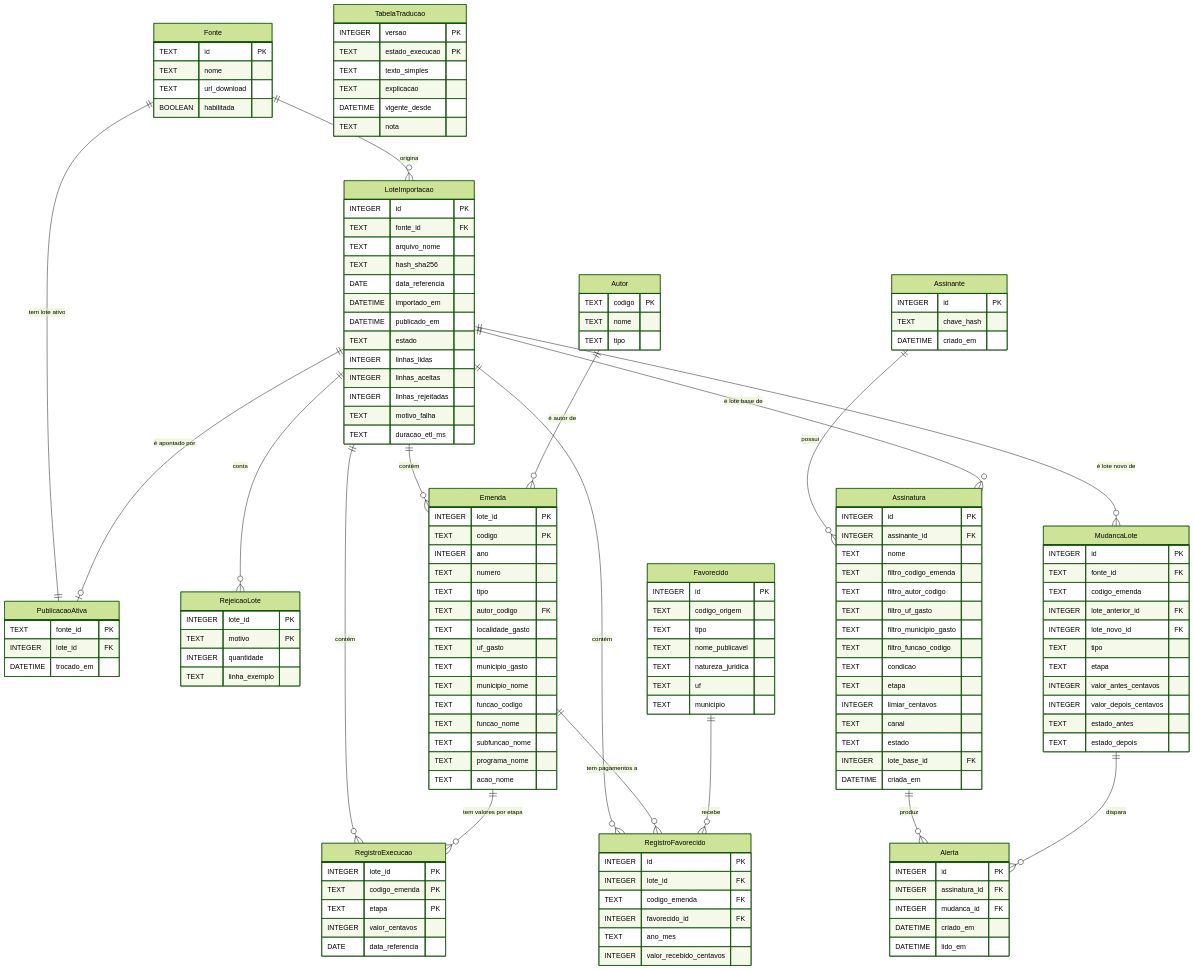
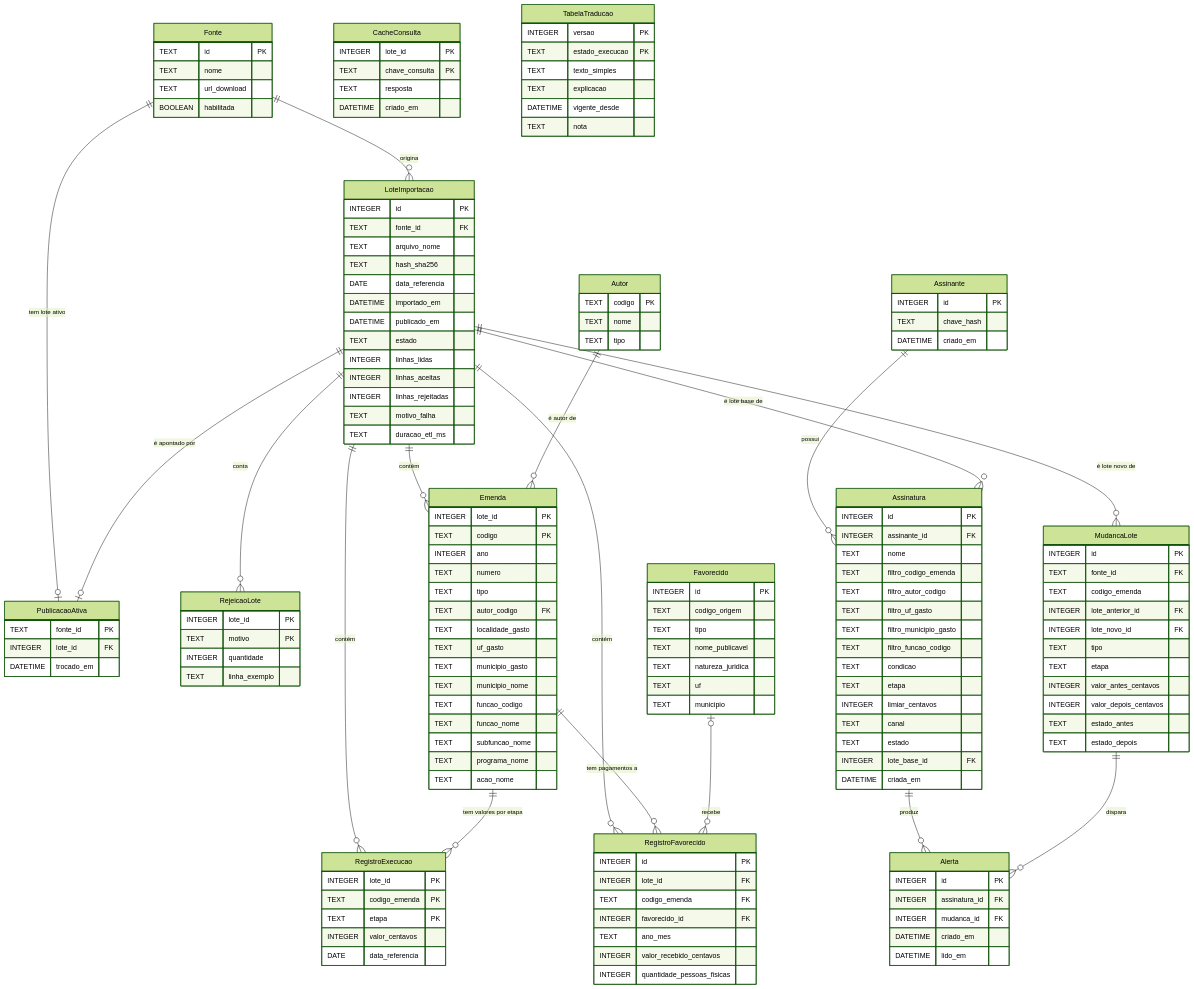
One commit to jvchaaves/rastro changed the diagram in especificacoes/joao-vitor/arquitetura/contratos/modelo-de-dados.md. Above: the diagram before and after it, drawn with Mermaid (forest theme). The commit also changed other lines of this file and 46 other files, not shown here.

````diff
--- a/especificacoes/joao-vitor/arquitetura/contratos/modelo-de-dados.md
+++ b/especificacoes/joao-vitor/arquitetura/contratos/modelo-de-dados.md
@@ -7,7 +7,7 @@
 ```mermaid
 erDiagram
     Fonte ||--o{ LoteImportacao : origina
-    Fonte ||--|| PublicacaoAtiva : "tem lote ativo"
+    Fonte ||--o| PublicacaoAtiva : "tem lote ativo"
     LoteImportacao ||--o| PublicacaoAtiva : "é apontado por"
     LoteImportacao ||--o{ RejeicaoLote : conta
     LoteImportacao ||--o{ Emenda : contém
@@ -16,7 +16,7 @@
     Autor ||--o{ Emenda : "é autor de"
     Emenda ||--o{ RegistroExecucao : "tem valores por etapa"
     Emenda ||--o{ RegistroFavorecido : "tem pagamentos a"
-    Favorecido ||--o{ RegistroFavorecido : recebe
+    Favorecido |o--o{ RegistroFavorecido : recebe
     LoteImportacao ||--o{ MudancaLote : "é lote novo de"
     Assinante ||--o{ Assinatura : possui
     Assinatura ||--o{ Alerta : produz
@@ -100,6 +100,7 @@
         INTEGER favorecido_id FK
         TEXT ano_mes
         INTEGER valor_recebido_centavos
+        INTEGER quantidade_pessoas_fisicas
     }
     MudancaLote {
         INTEGER id PK
@@ -143,6 +144,12 @@
         DATETIME criado_em
         DATETIME lido_em
     }
+    CacheConsulta {
+        INTEGER lote_id PK
+        TEXT chave_consulta PK
+        TEXT resposta
+        DATETIME criado_em
+    }
     TabelaTraducao {
         INTEGER versao PK
         TEXT estado_execucao PK
````
